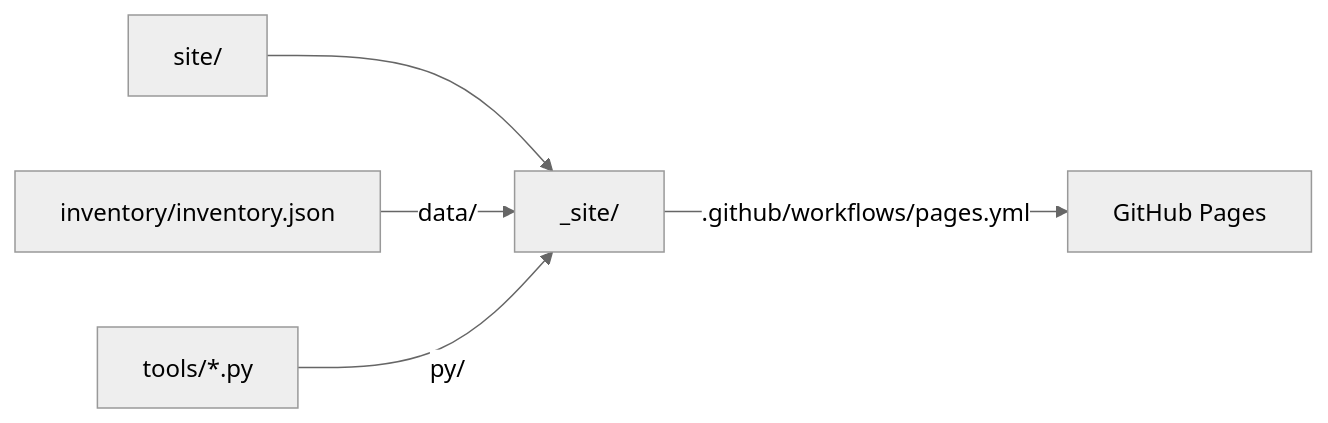
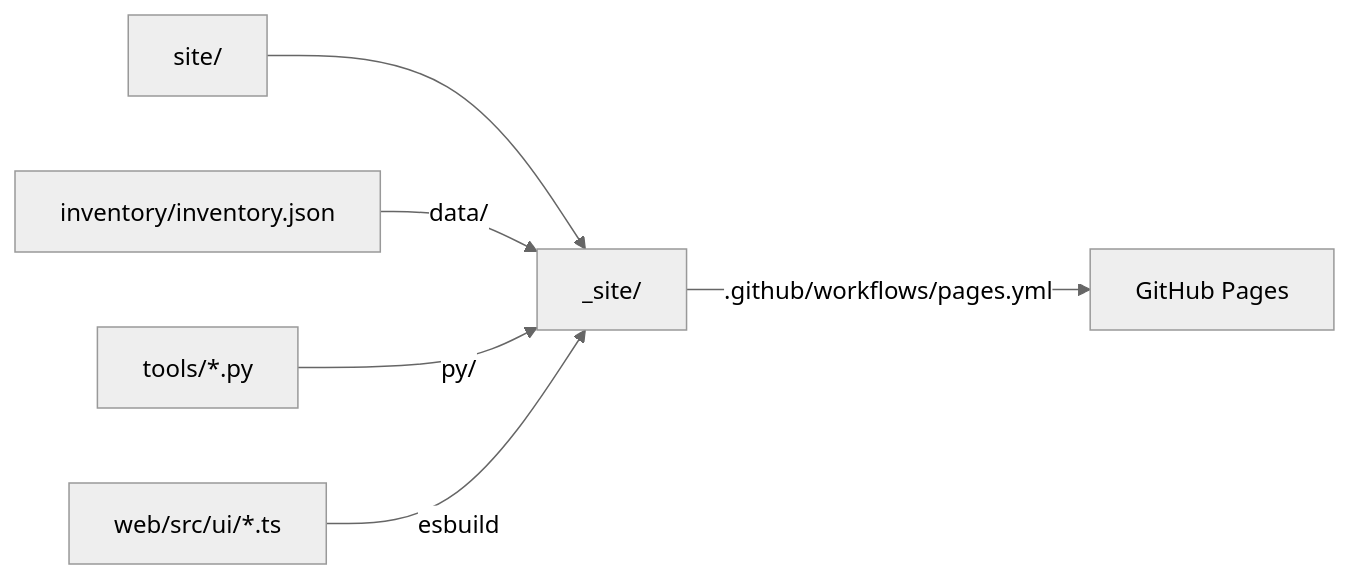
One commit to titaniteChuck/merchant-rpg-simulator changed the first of 2 diagrams in docs/tooling/website/website.md. Above: the diagram before and after it, drawn with Mermaid (neutral theme). The commit also changed other lines of this file and 12 other files, not shown here.

````diff
--- a/docs/tooling/website/website.md
+++ b/docs/tooling/website/website.md
@@ -30,7 +31,8 @@
 ```mermaid
 flowchart LR
   A[site/] --> D[_site/]
   B[inventory/inventory.json] -->|data/| D
   C[tools/*.py] -->|py/| D
+  W[web/src/ui/*.ts] -->|esbuild| D
   D -->|.github/workflows/pages.yml| E[GitHub Pages]
 ```
````
